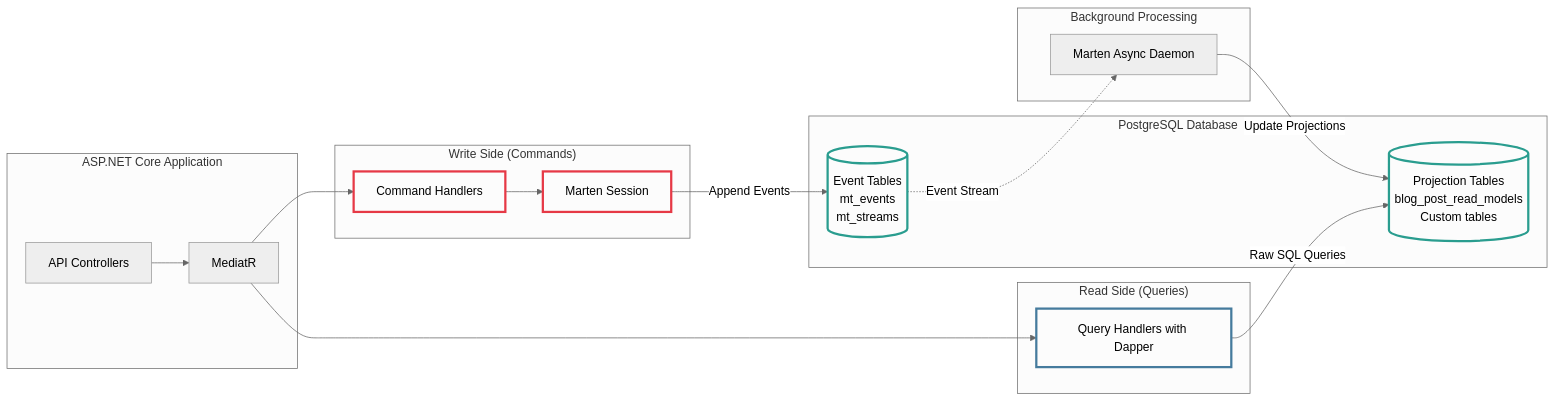
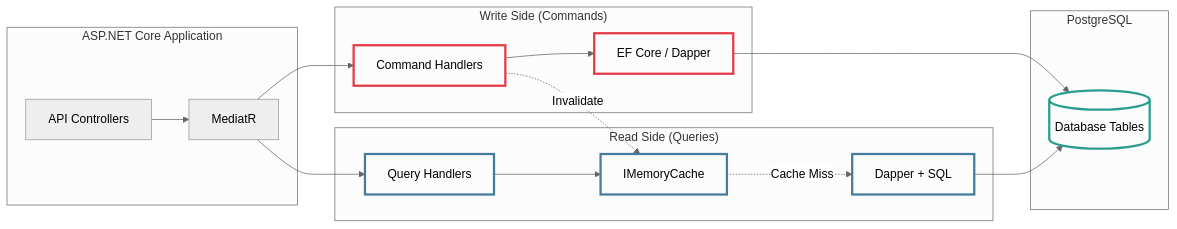
The second of 3 diagrams in Mostlylucid/Markdown/moderncqrsandeventsourcing.md (Shaddix/mostlylucidweb), drawn with Mermaid (neutral theme) before and after one commit. The commit also changed other lines of this file, not shown here.

````diff
--- a/Mostlylucid/Markdown/moderncqrsandeventsourcing.md
+++ b/Mostlylucid/Markdown/moderncqrsandeventsourcing.md
@@ -277,45 +150,43 @@
 ```mermaid
 flowchart LR
     subgraph Application["ASP.NET Core Application"]
         API[API Controllers]
         MED[MediatR]
     end
 
     subgraph Write["Write Side (Commands)"]
         CMDH[Command Handlers]
-        MARTEN[Marten Session]
+        EF[EF Core / Dapper]
     end
 
     subgraph Read["Read Side (Queries)"]
-        QRYH[Query Handlers with Dapper]
+        QRYH[Query Handlers]
+        DAPPER[Dapper + SQL]
+        CACHE[IMemoryCache]
     end
 
-    subgraph Database["PostgreSQL Database"]
-        EVTTBL[(Event Tables<br/>mt_events<br/>mt_streams)]
-        PROJTBL[(Projection Tables<br/>blog_post_read_models<br/>Custom tables)]
-    end
-
-    subgraph Background["Background Processing"]
-        DAEMON[Marten Async Daemon]
+    subgraph Database["PostgreSQL"]
+        DB[(Database Tables)]
     end
 
     API --> MED
     MED --> CMDH
     MED --> QRYH
 
-    CMDH --> MARTEN
-    MARTEN -->|Append Events| EVTTBL
+    CMDH --> EF
+    EF --> DB
 
-    EVTTBL -.->|Event Stream| DAEMON
-    DAEMON -->|Update Projections| PROJTBL
+    QRYH --> CACHE
+    CACHE -.->|Cache Miss| DAPPER
+    DAPPER --> DB
 
-    QRYH -->|Raw SQL Queries| PROJTBL
+    CMDH -.->|Invalidate| CACHE
 
     classDef writeStyle fill:none,stroke:#e63946,stroke-width:3px
     classDef readStyle fill:none,stroke:#457b9d,stroke-width:3px
     classDef dbStyle fill:none,stroke:#2a9d8f,stroke-width:3px
 
-    class CMDH,MARTEN writeStyle
-    class QRYH readStyle
-    class EVTTBL,PROJTBL dbStyle
+    class CMDH,EF writeStyle
+    class QRYH,DAPPER,CACHE readStyle
+    class DB dbStyle
 ```
````
